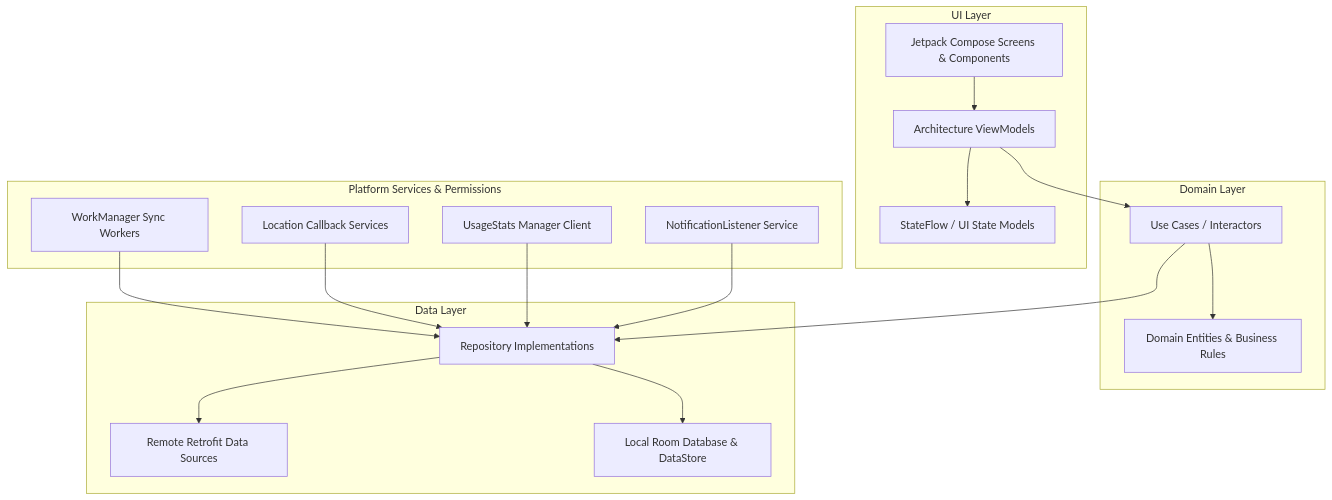
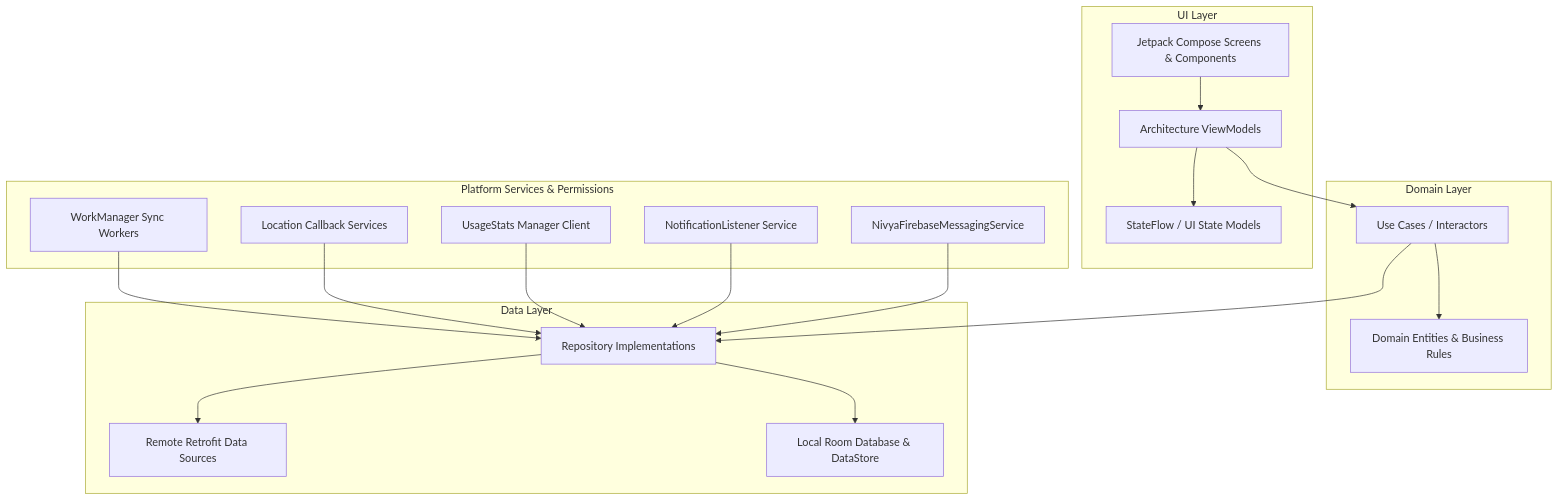
One commit to pavan0367/Nivya changed the second of 3 diagrams in docs/Architecture/system_architecture.md. Above: the diagram before and after it, drawn with Mermaid. The commit also changed other lines of this file and 12 other files, not shown here.

````diff
--- a/docs/Architecture/system_architecture.md
+++ b/docs/Architecture/system_architecture.md
@@ -90,38 +90,40 @@
 ```mermaid
 graph TD
     subgraph "UI Layer"
         UI[Jetpack Compose Screens & Components]
         VM[Architecture ViewModels]
         ST[StateFlow / UI State Models]
     end
 
     subgraph "Domain Layer"
         UC[Use Cases / Interactors]
         DM[Domain Entities & Business Rules]
     end
 
     subgraph "Data Layer"
         REP[Repository Implementations]
         REM[Remote Retrofit Data Sources]
         LOC[Local Room Database & DataStore]
     end
 
     subgraph "Platform Services & Permissions"
         WM[WorkManager Sync Workers]
         LS[Location Callback Services]
         US[UsageStats Manager Client]
         NLS[NotificationListener Service]
+        FCM_SVC[NivyaFirebaseMessagingService]
     end
 
     UI --> VM
     VM --> ST
     VM --> UC
     UC --> DM
     UC --> REP
     REP --> REM
     REP --> LOC
     WM --> REP
     LS --> REP
     US --> REP
     NLS --> REP
+    FCM_SVC --> REP
 ```
````
